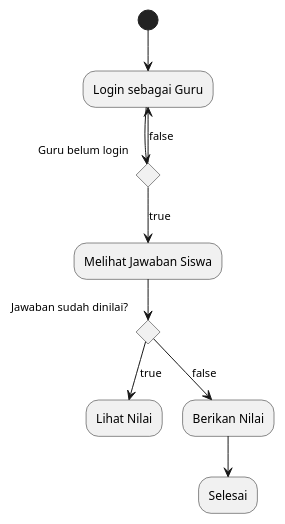
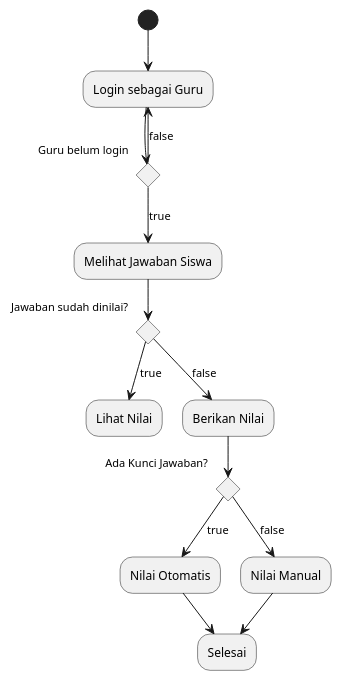
Before and after one commit to rizalalfadlil/Aplikasi: the diagram in additional files/activity diagram/menilaiJawaban.puml, drawn with PlantUML. The commit also changed 6 other files, not shown here.

```diff
--- a/additional files/activity diagram/menilaiJawaban.puml
+++ b/additional files/activity diagram/menilaiJawaban.puml
@@ -1,19 +1,23 @@
 @startuml
 
 (*) --> "Login sebagai Guru"
 
 if "Guru belum login" then
   -->[false] "Login sebagai Guru"
 else
   -->[true] "Melihat Jawaban Siswa"
-  
   if "Jawaban sudah dinilai?" then
     -->[true] "Lihat Nilai"
   else
     -->[false] "Berikan Nilai"
+    if "Ada Kunci Jawaban?" then
+      -->[true] "Nilai Otomatis"
+      --> "Selesai"
+    else
+      -->[false] "Nilai Manual"
+    endif
   endif
-  
-  --> "Selesai"
+ --> "Selesai"
 endif
 
 @enduml
```
